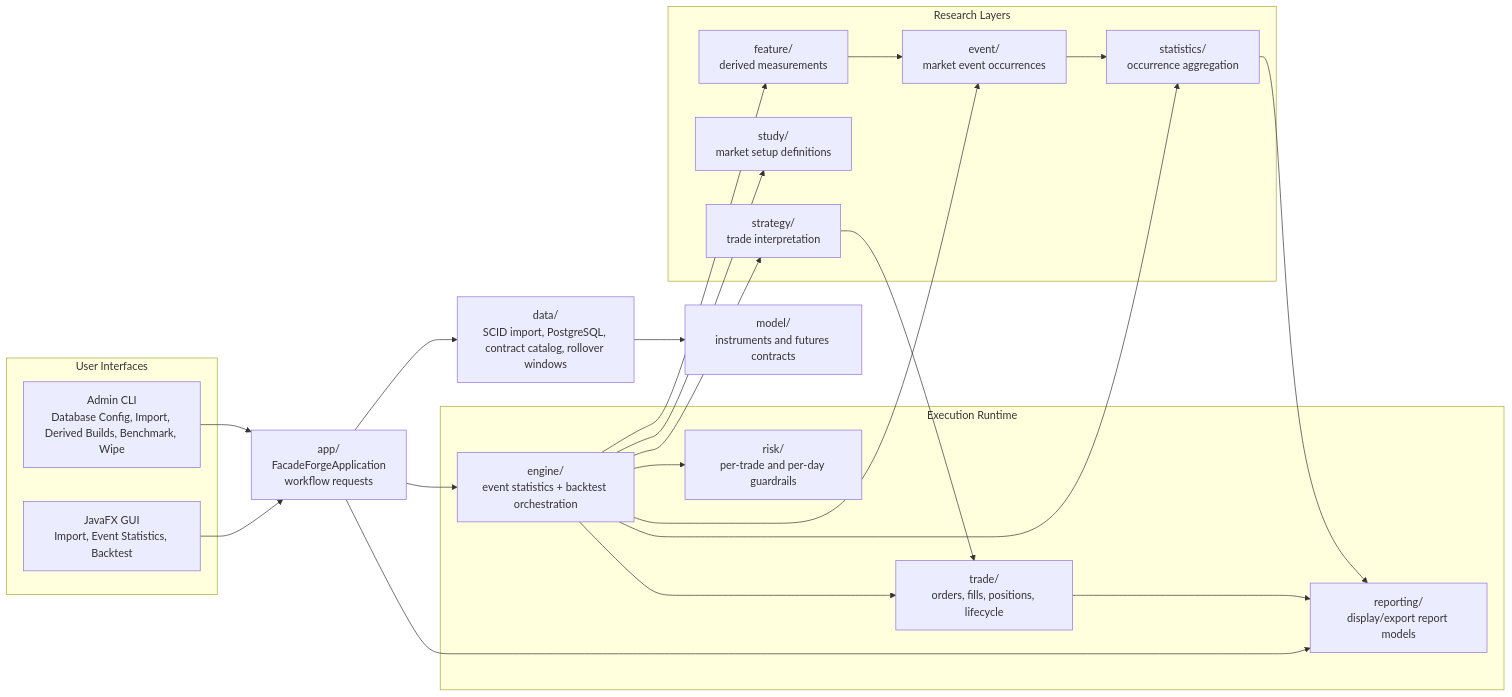
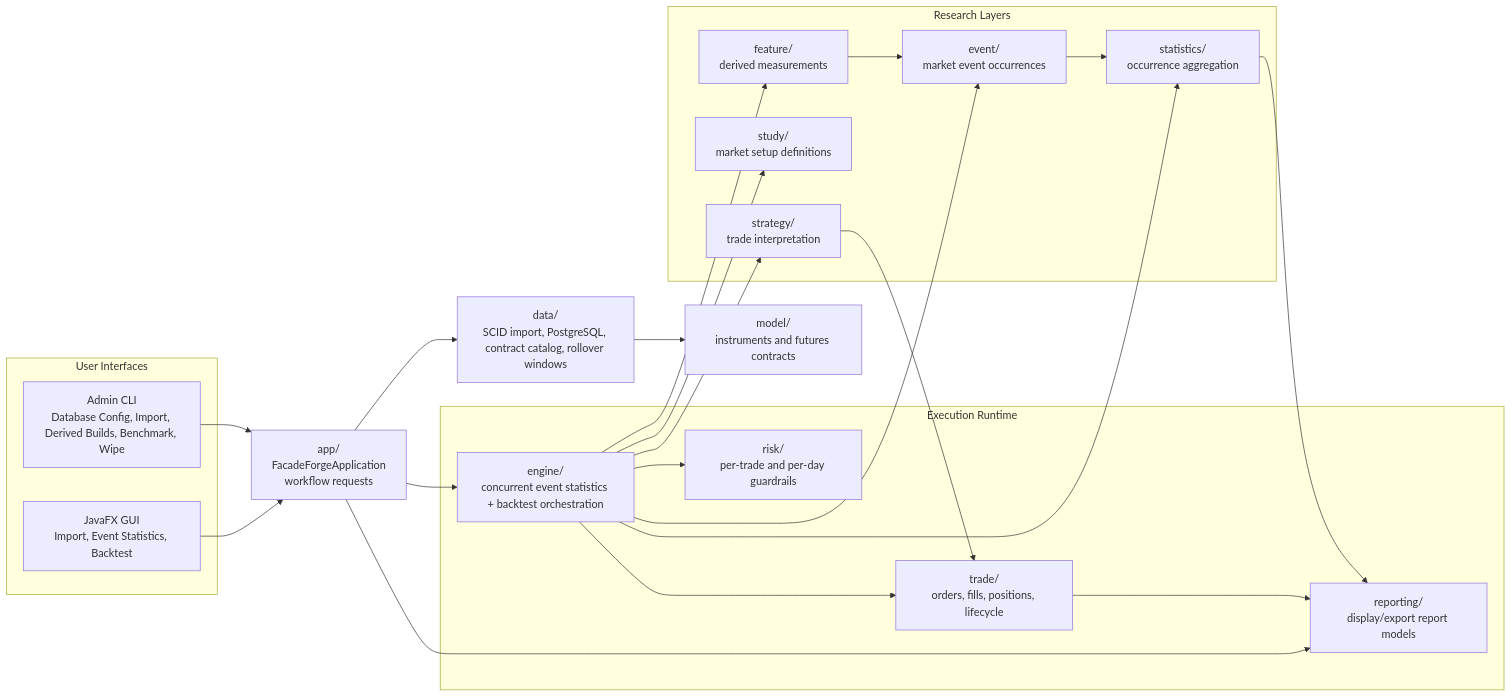
One commit to probst-paul/FORGE changed the diagram in docs/diagrams/architecture-overview.md. Above: the diagram before and after it, drawn with Mermaid. The commit also changed 7 other files, not shown here.

````diff
--- a/docs/diagrams/architecture-overview.md
+++ b/docs/diagrams/architecture-overview.md
@@ -3,46 +3,46 @@
 ```mermaid
 flowchart LR
     subgraph UI["User Interfaces"]
         GUI["JavaFX GUI<br/>Import, Event Statistics, Backtest"]
         CLI["Admin CLI<br/>Database Config, Import, Derived Builds, Benchmark, Wipe"]
     end
 
     APP["app/<br/>FacadeForgeApplication<br/>workflow requests"]
 
     subgraph Research["Research Layers"]
         FEATURE["feature/<br/>derived measurements"]
         EVENT["event/<br/>market event occurrences"]
         STUDY["study/<br/>market setup definitions"]
         STATS["statistics/<br/>occurrence aggregation"]
         STRATEGY["strategy/<br/>trade interpretation"]
     end
 
     subgraph Runtime["Execution Runtime"]
-        ENGINE["engine/<br/>event statistics + backtest orchestration"]
+        ENGINE["engine/<br/>concurrent event statistics + backtest orchestration"]
         TRADE["trade/<br/>orders, fills, positions, lifecycle"]
         RISK["risk/<br/>per-trade and per-day guardrails"]
         REPORTING["reporting/<br/>display/export report models"]
     end
 
     DATA["data/<br/>SCID import, PostgreSQL, contract catalog, rollover windows"]
     MODEL["model/<br/>instruments and futures contracts"]
 
     GUI --> APP
     CLI --> APP
     APP --> DATA
     APP --> ENGINE
     APP --> REPORTING
     ENGINE --> FEATURE
     ENGINE --> EVENT
     ENGINE --> STUDY
     ENGINE --> STATS
     ENGINE --> STRATEGY
     ENGINE --> TRADE
     ENGINE --> RISK
     DATA --> MODEL
     FEATURE --> EVENT
     EVENT --> STATS
     STRATEGY --> TRADE
     TRADE --> REPORTING
     STATS --> REPORTING
 ```
````
